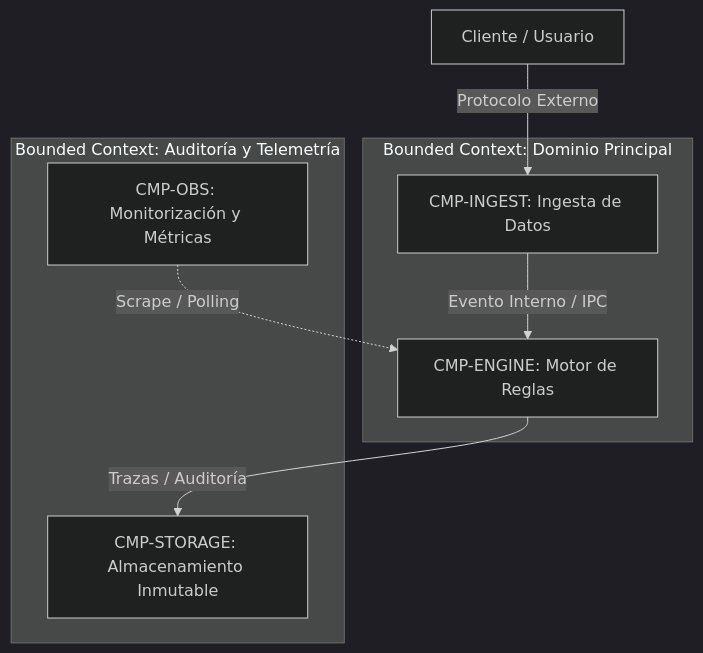
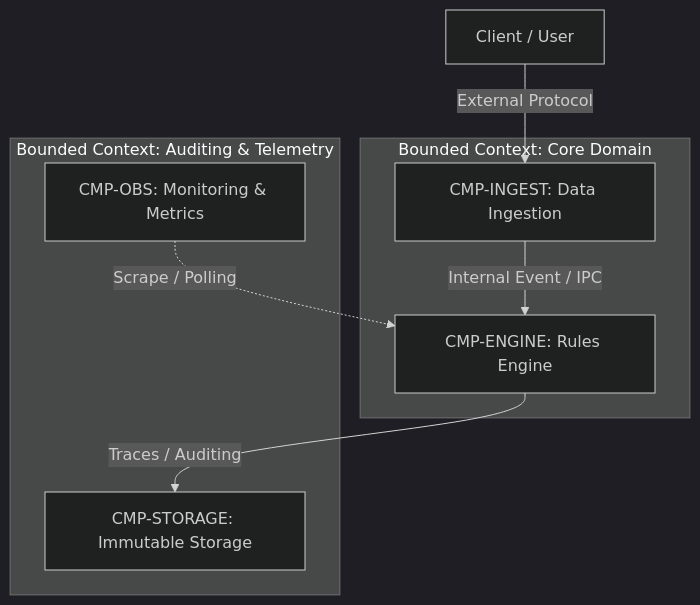
Before and after one commit to altromon/AI-SDLC: the diagram in templates/architecture/level-1-whitebox.template.md, drawn with Mermaid (dark theme). The commit also changed other lines of this file and 125 other files, not shown here.

````diff
--- a/templates/architecture/level-1-whitebox.template.md
+++ b/templates/architecture/level-1-whitebox.template.md
@@ -26,17 +26,17 @@
 ```mermaid
 graph TD
-    subgraph BoundedContext_Core["Bounded Context: Dominio Principal"]
-        CMP_INGEST["CMP-INGEST: Ingesta de Datos"]
-        CMP_ENGINE["CMP-ENGINE: Motor de Reglas"]
+    subgraph BoundedContext_Core["Bounded Context: Core Domain"]
+        CMP_INGEST["CMP-INGEST: Data Ingestion"]
+        CMP_ENGINE["CMP-ENGINE: Rules Engine"]
     end
 
-    subgraph BoundedContext_Audit["Bounded Context: Auditoría y Telemetría"]
-        CMP_OBSERVABILITY["CMP-OBS: Monitorización y Métricas"]
-        CMP_STORAGE["CMP-STORAGE: Almacenamiento Inmutable"]
+    subgraph BoundedContext_Audit["Bounded Context: Auditing & Telemetry"]
+        CMP_OBSERVABILITY["CMP-OBS: Monitoring & Metrics"]
+        CMP_STORAGE["CMP-STORAGE: Immutable Storage"]
     end
 
-    Actor[Cliente / Usuario] -->|Protocolo Externo| CMP_INGEST
-    CMP_INGEST -->|Evento Interno / IPC| CMP_ENGINE
-    CMP_ENGINE -->|Trazas / Auditoría| CMP_STORAGE
+    Actor[Client / User] -->|External Protocol| CMP_INGEST
+    CMP_INGEST -->|Internal Event / IPC| CMP_ENGINE
+    CMP_ENGINE -->|Traces / Auditing| CMP_STORAGE
     CMP_OBSERVABILITY -.->|Scrape / Polling| CMP_ENGINE
 ```
````
